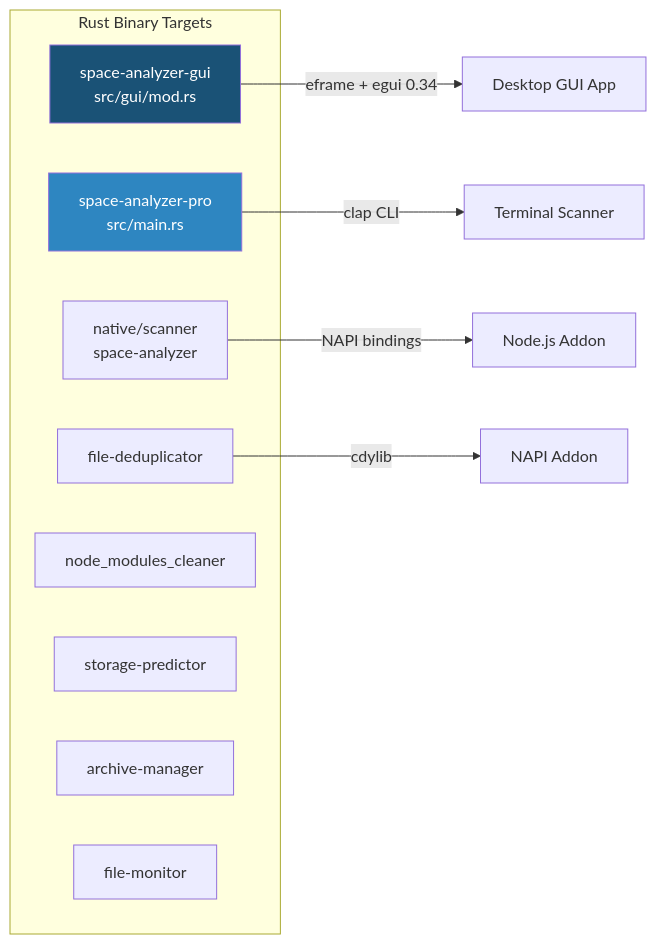
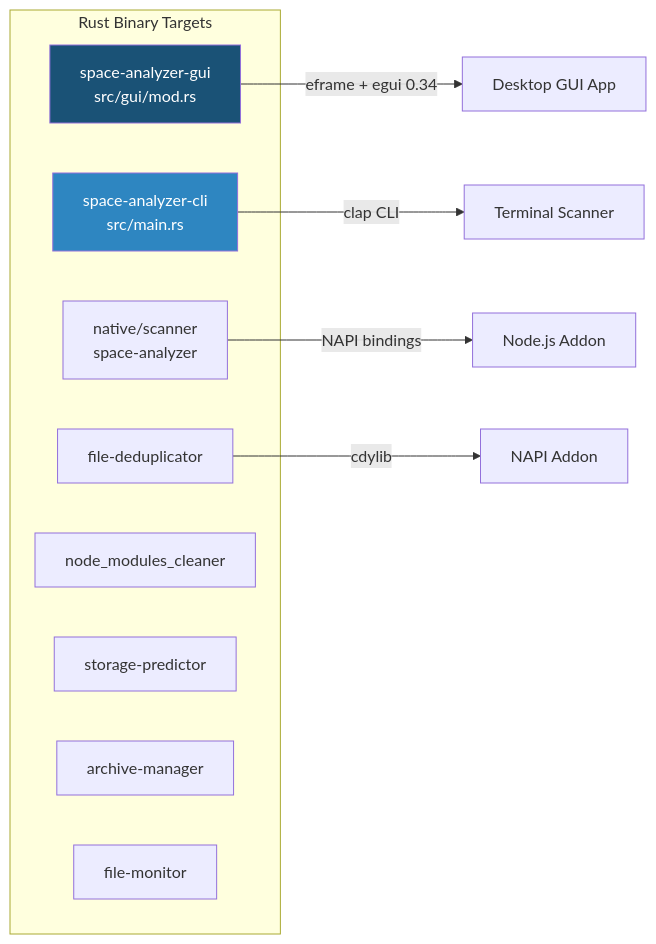
Before and after one commit to ogneocortext/space-analyzer-pro: the second of 13 diagrams in docs/architecture/ARCHITECTURE_DIAGRAMS.md, drawn with Mermaid. The commit also changed 52 other files, not shown here.

````diff
--- a/docs/architecture/ARCHITECTURE_DIAGRAMS.md
+++ b/docs/architecture/ARCHITECTURE_DIAGRAMS.md
@@ -45,21 +45,21 @@
 ```mermaid
 graph LR
     subgraph bins["Rust Binary Targets"]
         gui["space-analyzer-gui<br/>src/gui/mod.rs"]
-        cli["space-analyzer-pro<br/>src/main.rs"]
+        cli["space-analyzer-cli<br/>src/main.rs"]
         scanner["native/scanner<br/>space-analyzer"]
         dedup["file-deduplicator"]
         nm2["node_modules_cleaner"]
         sp2["storage-predictor"]
         am2["archive-manager"]
         fm2["file-monitor"]
     end
 
     gui -->|"eframe + egui 0.34"| desktop["Desktop GUI App"]
     cli -->|"clap CLI"| terminal["Terminal Scanner"]
     scanner -->|"NAPI bindings"| node["Node.js Addon"]
     dedup -->|"cdylib"| napi_dedup["NAPI Addon"]
 
     style gui fill:#1a5276,color:#fff
     style cli fill:#2e86c1,color:#fff
 ```
````
